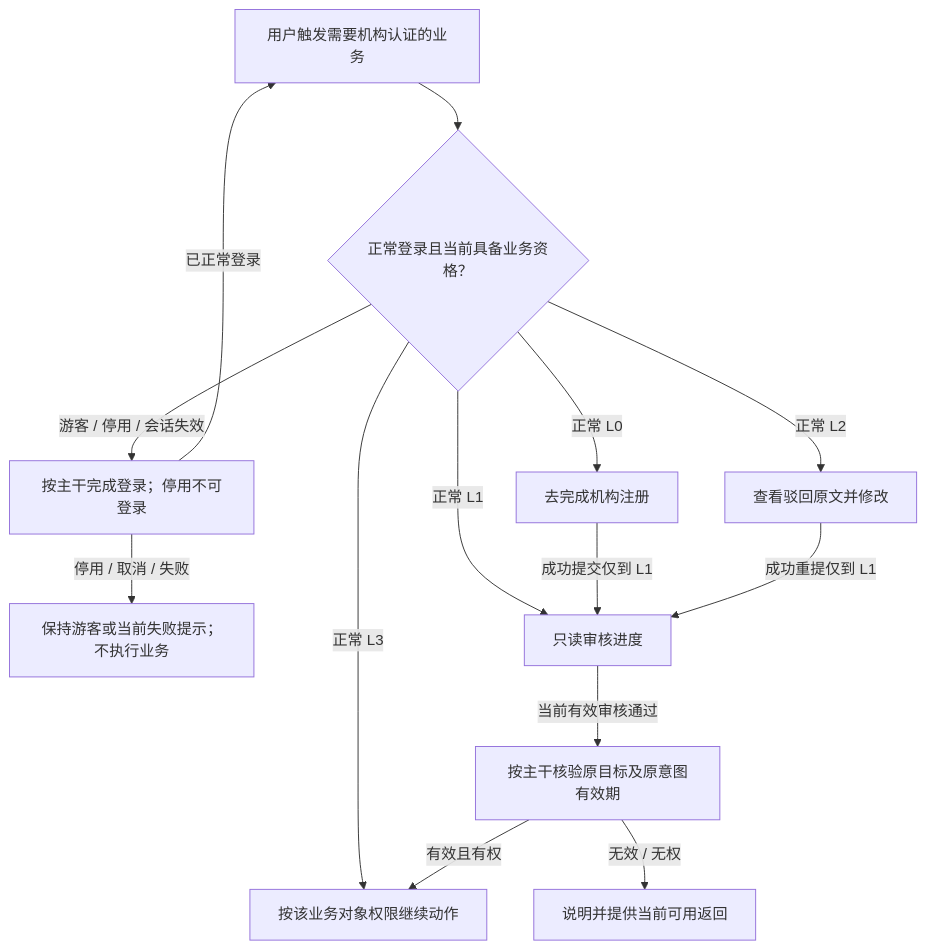
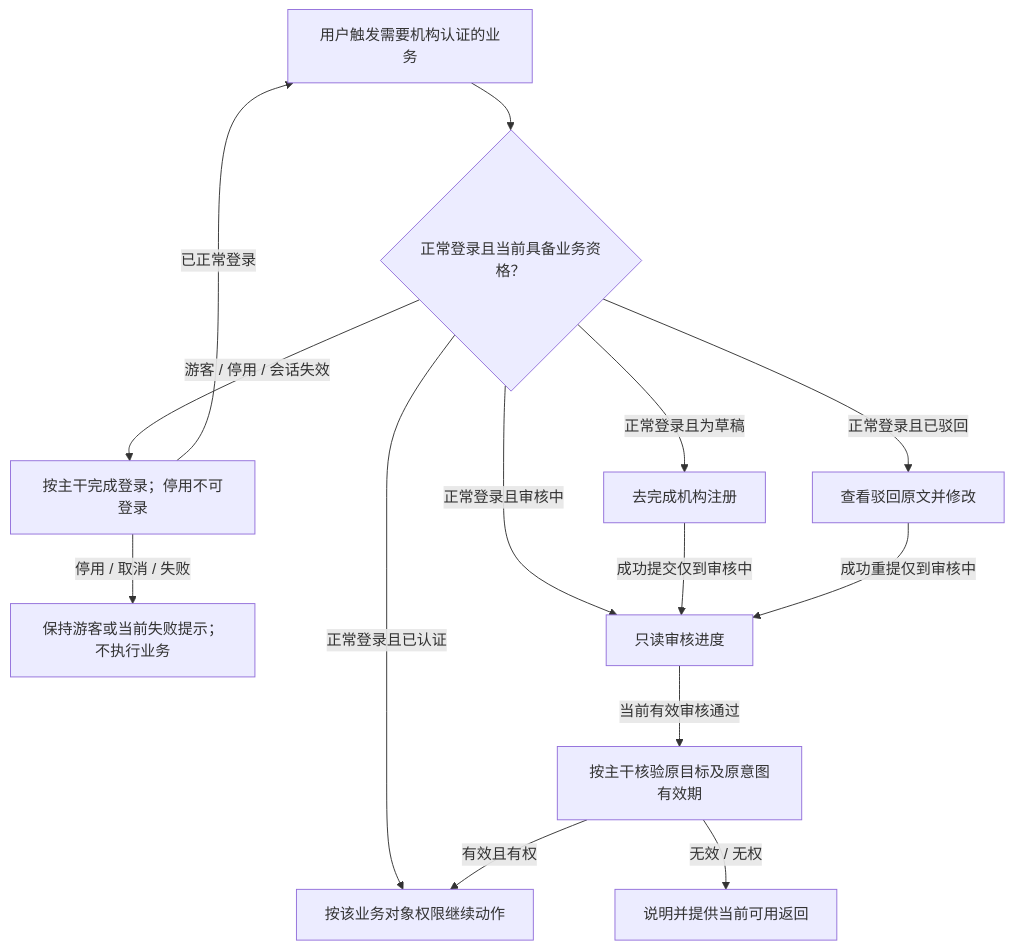
One commit to wxblockchain/Chain-Financing changed the fifth of 9 diagrams in lending-platform/PRD/v2.0-登录与账户体系/02-资金方登录与账户体系-流程图与状态机.md. Above: the diagram before and after it, drawn with Mermaid. The commit also changed other lines of this file and 2 other files, not shown here.

````diff
--- a/lending-platform/PRD/v2.0-登录与账户体系/02-资金方登录与账户体系-流程图与状态机.md
+++ b/lending-platform/PRD/v2.0-登录与账户体系/02-资金方登录与账户体系-流程图与状态机.md
@@ -130,16 +130,16 @@
 ```mermaid
 flowchart TD
     A[用户触发需要机构认证的业务] --> B{正常登录且当前具备业务资格？}
     B -->|游客 / 停用 / 会话失效| C[按主干完成登录；停用不可登录]
     C -->|已正常登录| A
     C -->|停用 / 取消 / 失败| X[保持游客或当前失败提示；不执行业务]
-    B -->|正常 L0| D[去完成机构注册]
-    B -->|正常 L1| E[只读审核进度]
-    B -->|正常 L2| F[查看驳回原文并修改]
-    B -->|正常 L3| G[按该业务对象权限继续动作]
-    D -->|成功提交仅到 L1| E
-    F -->|成功重提仅到 L1| E
+    B -->|正常登录且为草稿| D[去完成机构注册]
+    B -->|正常登录且审核中| E[只读审核进度]
+    B -->|正常登录且已驳回| F[查看驳回原文并修改]
+    B -->|正常登录且已认证| G[按该业务对象权限继续动作]
+    D -->|成功提交仅到审核中| E
+    F -->|成功重提仅到审核中| E
     E -->|当前有效审核通过| H[按主干核验原目标及原意图有效期]
     H -->|有效且有权| G
     H -->|无效 / 无权| I[说明并提供当前可用返回]
 ```
````
